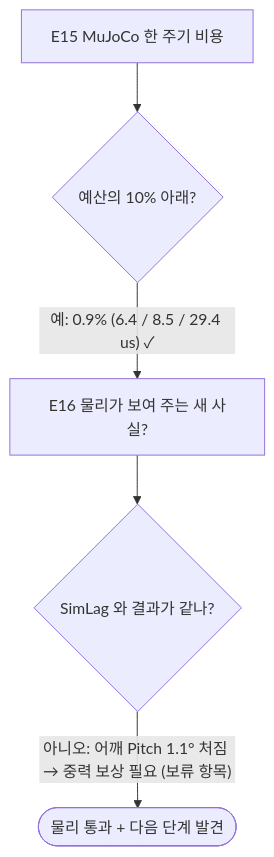
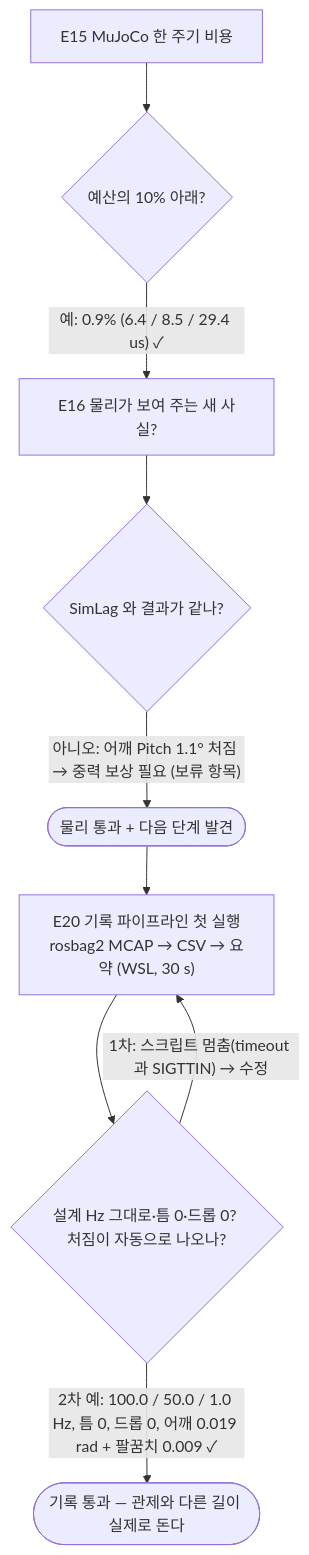
One commit to ohevance/rt-robot-data-infra changed the fourth of 4 diagrams in docs/EXPERIMENTS.md. Above: the diagram before and after it, drawn with Mermaid. The commit also changed other lines of this file and 6 other files, not shown here.

````diff
--- a/docs/EXPERIMENTS.md
+++ b/docs/EXPERIMENTS.md
@@ -83,7 +83,11 @@
 ```mermaid
 flowchart TD
   E15["E15 MuJoCo 한 주기 비용"] --> C15{"예산의 10% 아래?"}
   C15 -->|"예: 0.9% (6.4 / 8.5 / 29.4 us) ✓"| E16["E16 물리가 보여 주는 새 사실?"]
   E16 --> C16{"SimLag 와 결과가 같나?"}
   C16 -->|"아니오: 어깨 Pitch 1.1° 처짐 → 중력 보상 필요 (보류 항목)"| OK5(["물리 통과 + 다음 단계 발견"])
+  OK5 --> E20["E20 기록 파이프라인 첫 실행<br/>rosbag2 MCAP → CSV → 요약 (WSL, 30 s)"]
+  E20 --> C20{"설계 Hz 그대로·틈 0·드롭 0? 처짐이 자동으로 나오나?"}
+  C20 -->|"1차: 스크립트 멈춤(timeout 과 SIGTTIN) → 수정"| E20
+  C20 -->|"2차 예: 100.0 / 50.0 / 1.0 Hz, 틈 0, 드롭 0, 어깨 0.019 rad + 팔꿈치 0.009 ✓"| OK6(["기록 통과 — 관제와 다른 길이 실제로 돈다"])
 ```
````
